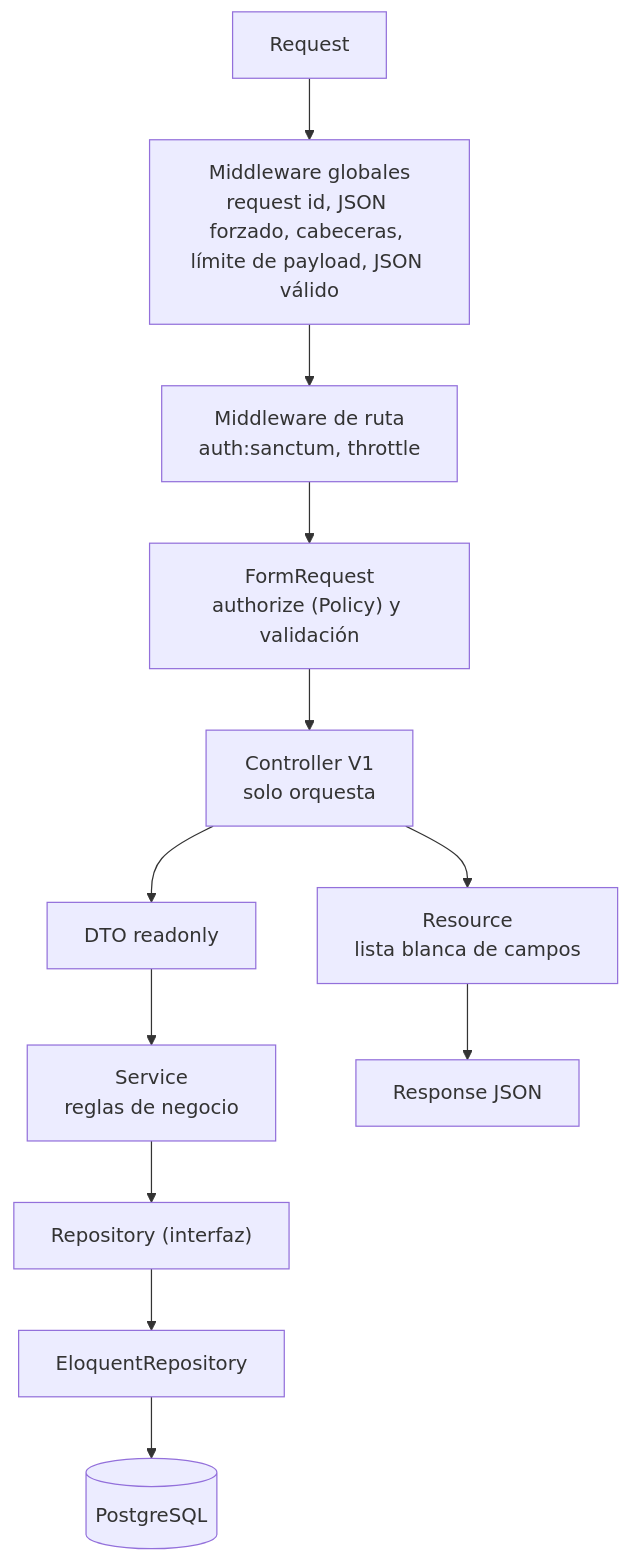
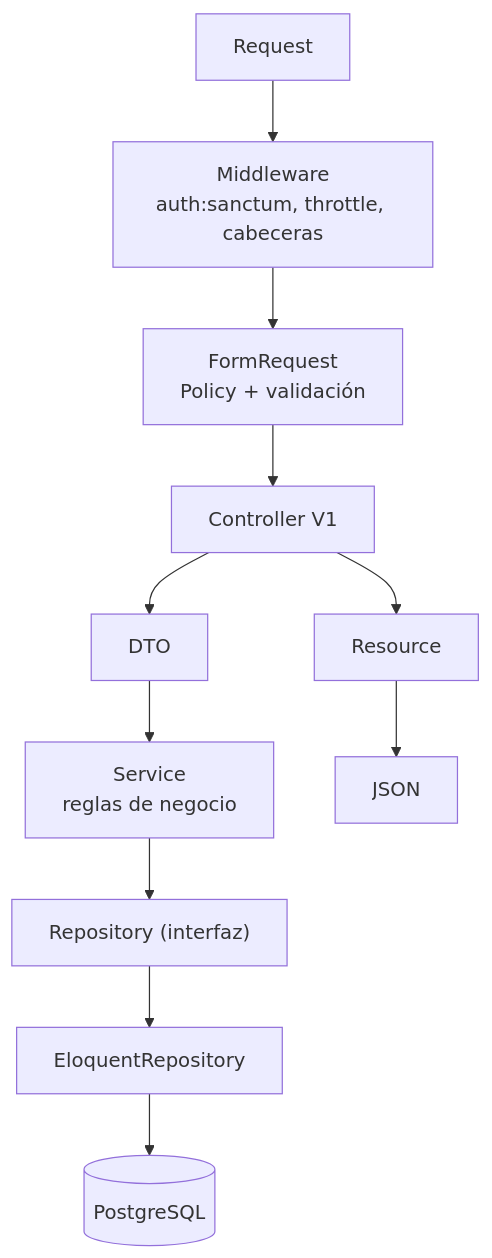
One commit to andresmarquez02/beos changed the second of 2 diagrams in README.md. Above: the diagram before and after it, drawn with Mermaid. The commit also changed other lines of this file, not shown here.

Commit message:
Change readme, update  tokens on postman json

````diff
--- a/README.md
+++ b/README.md
@@ -251,14 +101,13 @@
 ```mermaid
 flowchart TD
-    A["Request"] --> B["Middleware globales<br/>request id, JSON forzado, cabeceras, límite de payload, JSON válido"]
-    B --> C["Middleware de ruta<br/>auth:sanctum, throttle"]
-    C --> D["FormRequest<br/>authorize (Policy) y validación"]
-    D --> E["Controller V1<br/>solo orquesta"]
-    E --> F["DTO readonly"]
-    F --> G["Service<br/>reglas de negocio"]
-    G --> H["Repository (interfaz)"]
-    H --> I["EloquentRepository"]
-    I --> J[("PostgreSQL")]
-    E --> K["Resource<br/>lista blanca de campos"]
-    K --> L["Response JSON"]
+    A["Request"] --> B["Middleware<br/>auth:sanctum, throttle, cabeceras"]
+    B --> C["FormRequest<br/>Policy + validación"]
+    C --> D["Controller V1"]
+    D --> E["DTO"]
+    E --> F["Service<br/>reglas de negocio"]
+    F --> G["Repository (interfaz)"]
+    G --> H["EloquentRepository"]
+    H --> I[("PostgreSQL")]
+    D --> J["Resource"]
+    J --> K["JSON"]
 ```
````
